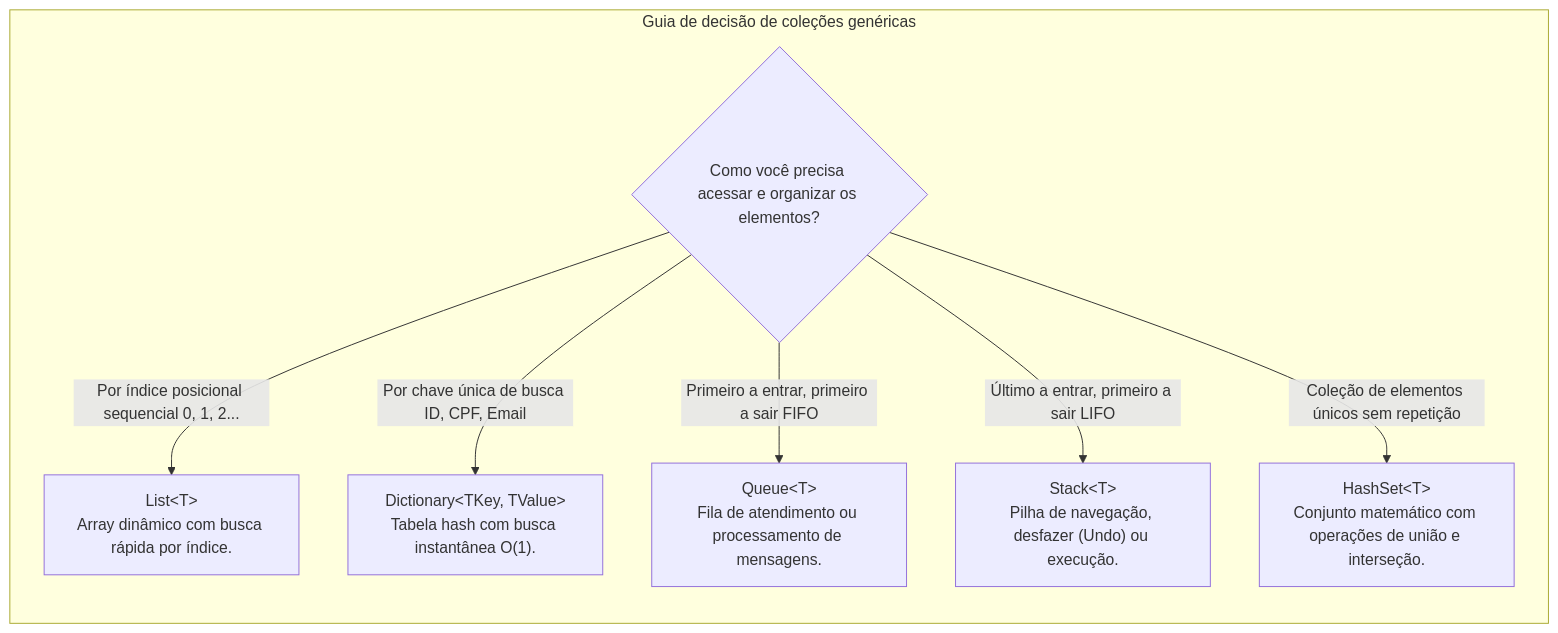
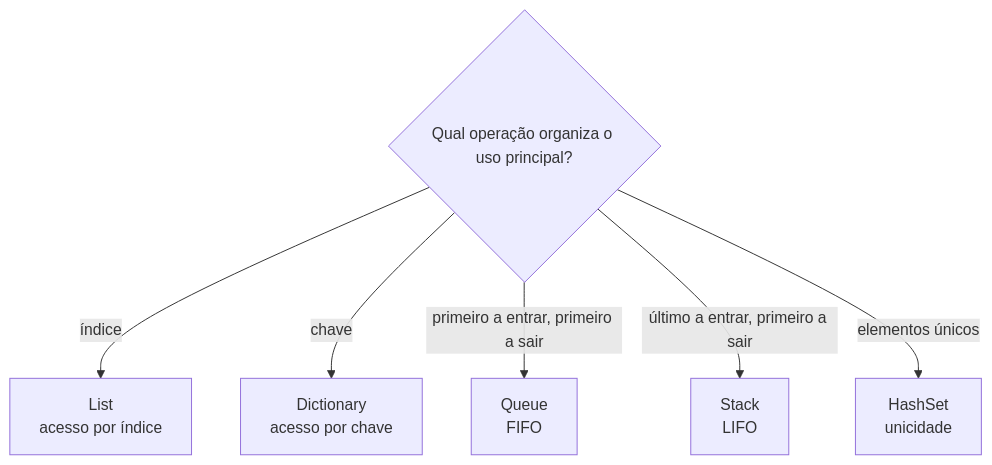
One commit to leorruas/puc changed the sixth of 6 diagrams in 01. Programacao Modular/20. Tipos genéricos (generics, type safety e coleções homogêneas).md. Above: the diagram before and after it, drawn with Mermaid. The commit also changed other lines of this file, not shown here.

Commit message:
Normaliza Mermaid e corrige parâmetros genéricos independentes

````diff
--- a/01. Programacao Modular/20. Tipos genéricos (generics, type safety e coleções homogêneas).md
+++ b/01. Programacao Modular/20. Tipos genéricos (generics, type safety e coleções homogêneas).md
@@ -589,14 +490,15 @@
 ```mermaid
 flowchart TD
-    subgraph ColecoesDotNet ["Guia de decisão de coleções genéricas"]
-        direction TB
+    Q1{"Qual operação organiza o uso principal?"}:::core
+    List["List<T><br>acesso por índice"]:::component
+    Dict["Dictionary<TKey, TValue><br>acesso por chave"]:::data
+    Queue["Queue<T><br>FIFO"]:::component
+    Stack["Stack<T><br>LIFO"]:::component
+    Set["HashSet<T><br>unicidade"]:::data
 
-        Q1{"Como você precisa acessar e organizar os elementos?"}
-        
-        Q1 -->|Por índice posicional sequencial 0, 1, 2...| C_List["List&lt;T&gt;<br>Array dinâmico com busca rápida por índice."]
-        Q1 -->|Por chave única de busca ID, CPF, Email| C_Dict["Dictionary&lt;TKey, TValue&gt;<br>Tabela hash com busca instantânea O(1)."]
-        Q1 -->|Primeiro a entrar, primeiro a sair FIFO| C_Queue["Queue&lt;T&gt;<br>Fila de atendimento ou processamento de mensagens."]
-        Q1 -->|Último a entrar, primeiro a sair LIFO| C_Stack["Stack&lt;T&gt;<br>Pilha de navegação, desfazer (Undo) ou execução."]
-        Q1 -->|Coleção de elementos únicos sem repetição| C_Set["HashSet&lt;T&gt;<br>Conjunto matemático com operações de união e interseção."]
-    end
+    Q1 -->|"índice"| List
+    Q1 -->|"chave"| Dict
+    Q1 -->|"primeiro a entrar, primeiro a sair"| Queue
+    Q1 -->|"último a entrar, primeiro a sair"| Stack
+    Q1 -->|"elementos únicos"| Set
 ```
````
